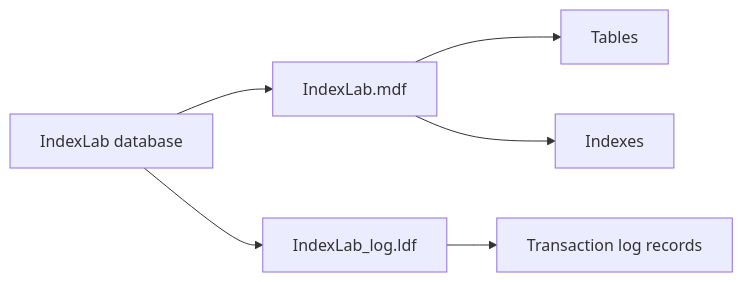
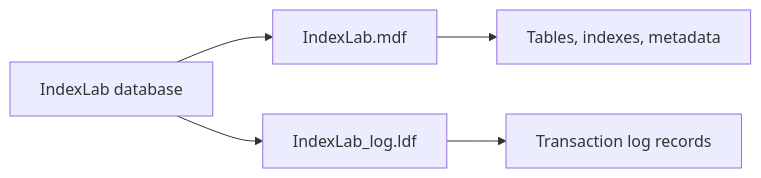
The second of 11 diagrams in labs/lab05-physical-storage.md (tjovic/database-design-labs-public), drawn with Mermaid before and after one commit. The commit also changed other lines of this file, not shown here.

````diff
--- a/labs/lab05-physical-storage.md
+++ b/labs/lab05-physical-storage.md
@@ -159,8 +114,7 @@
 ```mermaid
 flowchart LR
     A[IndexLab database] --> B[IndexLab.mdf]
     A --> C[IndexLab_log.ldf]
-    B --> D[Tables]
-    B --> E[Indexes]
-    C --> F[Transaction log records]
+    B --> D[Tables, indexes, metadata]
+    C --> E[Transaction log records]
 ```
````
